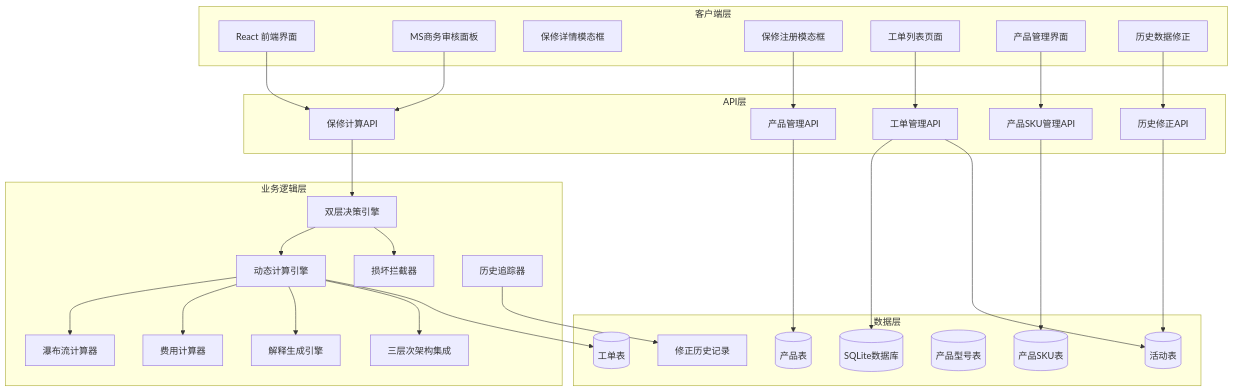
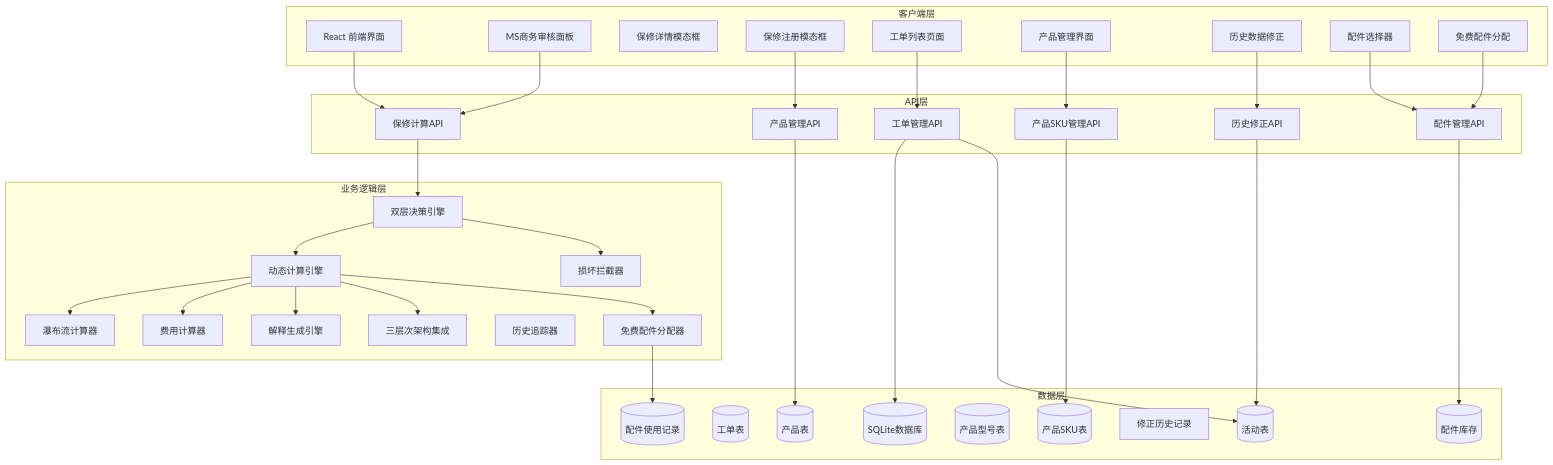
The first of 8 diagrams in .qoder/repowiki/zh/content/前端组件架构/服务工作流增强/保修管理系统.md (CubeEdge/Longhorn), drawn with Mermaid before and after one commit. The commit also changed other lines of this file and 28 other files, not shown here.

````diff
--- a/.qoder/repowiki/zh/content/前端组件架构/服务工作流增强/保修管理系统.md
+++ b/.qoder/repowiki/zh/content/前端组件架构/服务工作流增强/保修管理系统.md
@@ -64,58 +67,67 @@
 ```mermaid
 graph TB
 subgraph "客户端层"
 UI[React 前端界面]
 MSReviewPanel[MS商务审核面板]
 WarrantyDetailModal[保修详情模态框]
 Registration[保修注册模态框]
 List[工单列表页面]
 ProductManagement[产品管理界面]
 HistoryCorrection[历史数据修正]
+PartsSelector[配件选择器]
+FreePartsAllocation[免费配件分配]
 end
 subgraph "API层"
 WarrantyAPI[保修计算API]
 ProductAPI[产品管理API]
 TicketAPI[工单管理API]
 ProductSKUAPI[产品SKU管理API]
 HistoryAPI[历史修正API]
+PartsAPI[配件管理API]
 end
 subgraph "业务逻辑层"
 DualLayerEngine[双层决策引擎]
 DynamicEngine[动态计算引擎]
 DamageInterceptor[损坏拦截器]
 WaterfallCalculator[瀑布流计算器]
 CostCalculator[费用计算器]
 ExplanationEngine[解释生成引擎]
 ThreeTierIntegration[三层次架构集成]
 HistoryTracker[历史追踪器]
+FreePartsAllocator[免费配件分配器]
 end
 subgraph "数据层"
 SQLite[(SQLite数据库)]
 WarrantyTable[(工单表)]
 ProductTable[(产品表)]
 ProductSKU[(产品SKU表)]
 ProductModel[(产品型号表)]
 ActivityTable[(活动表)]
 CorrectionHistory[修正历史记录]
+PartsInventory[(配件库存)]
+PartsUsage[(配件使用记录)]
 end
 UI --> WarrantyAPI
 MSReviewPanel --> WarrantyAPI
 Registration --> ProductAPI
 List --> TicketAPI
 ProductManagement --> ProductSKUAPI
 HistoryCorrection --> HistoryAPI
+PartsSelector --> PartsAPI
+FreePartsAllocation --> PartsAPI
 WarrantyAPI --> DualLayerEngine
 ProductAPI --> ProductTable
 TicketAPI --> SQLite
 ProductSKUAPI --> ProductSKU
 HistoryAPI --> ActivityTable
+PartsAPI --> PartsInventory
 DualLayerEngine --> DynamicEngine
 DualLayerEngine --> DamageInterceptor
 DynamicEngine --> WaterfallCalculator
 DynamicEngine --> CostCalculator
 DynamicEngine --> ExplanationEngine
 DynamicEngine --> ThreeTierIntegration
-DynamicEngine --> WarrantyTable
-HistoryTracker --> CorrectionHistory
+DynamicEngine --> FreePartsAllocator
+FreePartsAllocator --> PartsUsage
 TicketAPI --> ActivityTable
 ```
````
